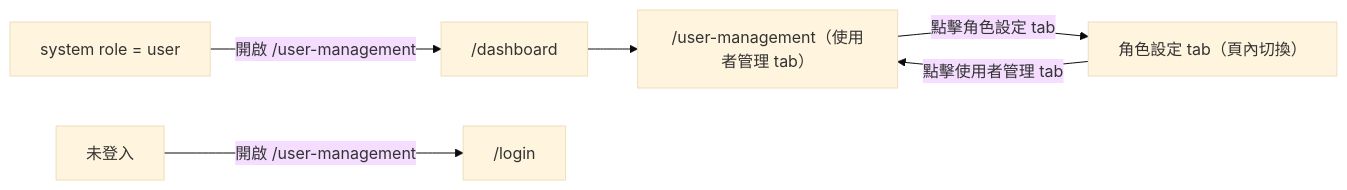
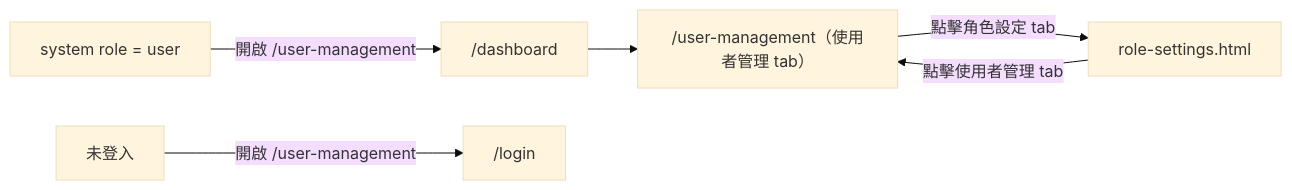
Before and after one commit to singyichen/label-suite: the second of 2 diagrams in specs/admin/006-user-management/spec.md, drawn with Mermaid (base theme). The commit also changed other lines of this file and 5 other files, not shown here.

````diff
--- a/specs/admin/006-user-management/spec.md
+++ b/specs/admin/006-user-management/spec.md
@@ -197,8 +197,8 @@
 ```mermaid
 flowchart LR
     dashboard["/dashboard"] --> um["/user-management（使用者管理 tab）"]
-    um -->|點擊角色設定 tab| rs["角色設定 tab（頁內切換）"]
+    um -->|點擊角色設定 tab| rs["role-settings.html"]
     rs -->|點擊使用者管理 tab| um
     userBlocked["system role = user"] -->|開啟 /user-management| dashboard
     guestBlocked["未登入"] -->|開啟 /user-management| login["/login"]
 ```
````
